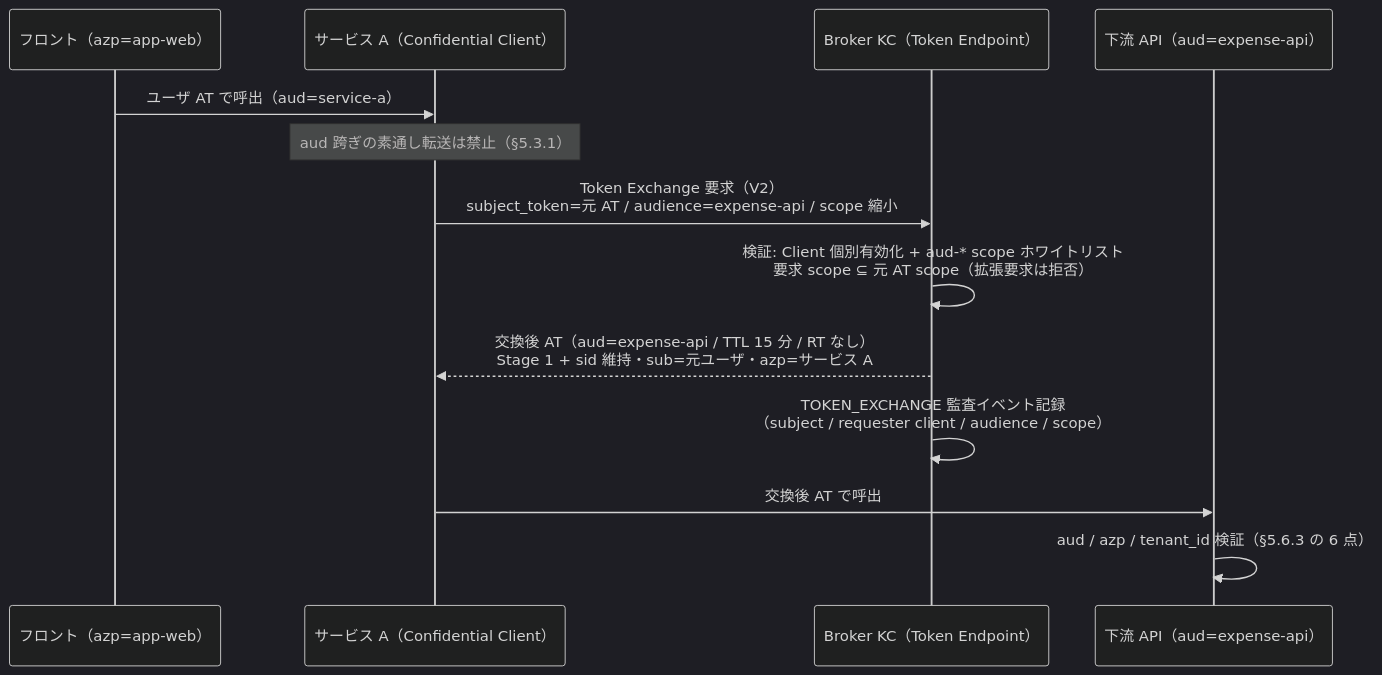
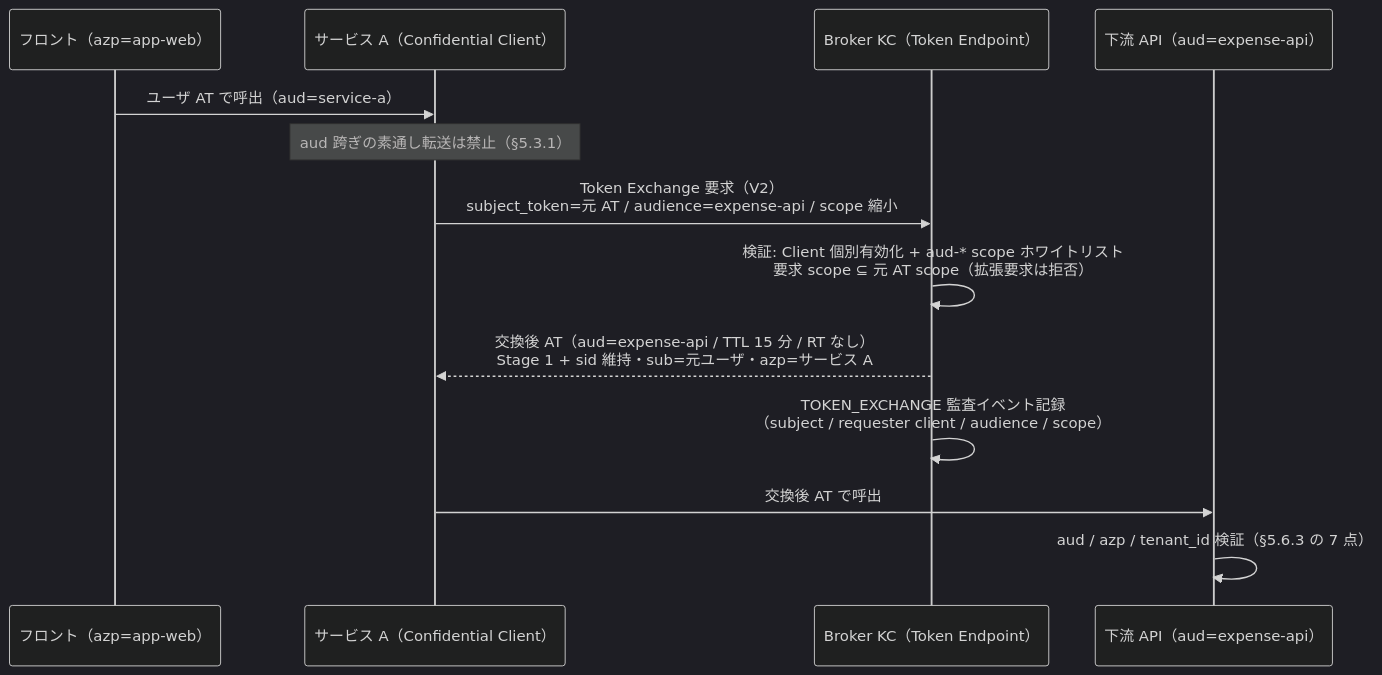
One commit to suepie/aws-atuh-poc changed the third of 5 diagrams in doc/basic-design/05-token-session-authz-design.md. Above: the diagram before and after it, drawn with Mermaid (dark theme). The commit also changed other lines of this file and 2 other files, not shown here.

````diff
--- a/doc/basic-design/05-token-session-authz-design.md
+++ b/doc/basic-design/05-token-session-authz-design.md
@@ -241,16 +241,16 @@
 ```mermaid
 sequenceDiagram
     participant FE as フロント（azp=app-web）
     participant SA as サービス A（Confidential Client）
     participant KC as Broker KC（Token Endpoint）
     participant API as 下流 API（aud=expense-api）
 
     FE->>SA: ユーザ AT で呼出（aud=service-a）
     Note over SA: aud 跨ぎの素通し転送は禁止（§5.3.1）
     SA->>KC: Token Exchange 要求（V2）<br/>subject_token=元 AT / audience=expense-api / scope 縮小
     KC->>KC: 検証: Client 個別有効化 + aud-* scope ホワイトリスト<br/>要求 scope ⊆ 元 AT scope（拡張要求は拒否）
     KC-->>SA: 交換後 AT（aud=expense-api / TTL 15 分 / RT なし）<br/>Stage 1 + sid 維持・sub=元ユーザ・azp=サービス A
     KC->>KC: TOKEN_EXCHANGE 監査イベント記録<br/>（subject / requester client / audience / scope）
     SA->>API: 交換後 AT で呼出
-    API->>API: aud / azp / tenant_id 検証（§5.6.3 の 6 点）
+    API->>API: aud / azp / tenant_id 検証（§5.6.3 の 7 点）
 ```
````
